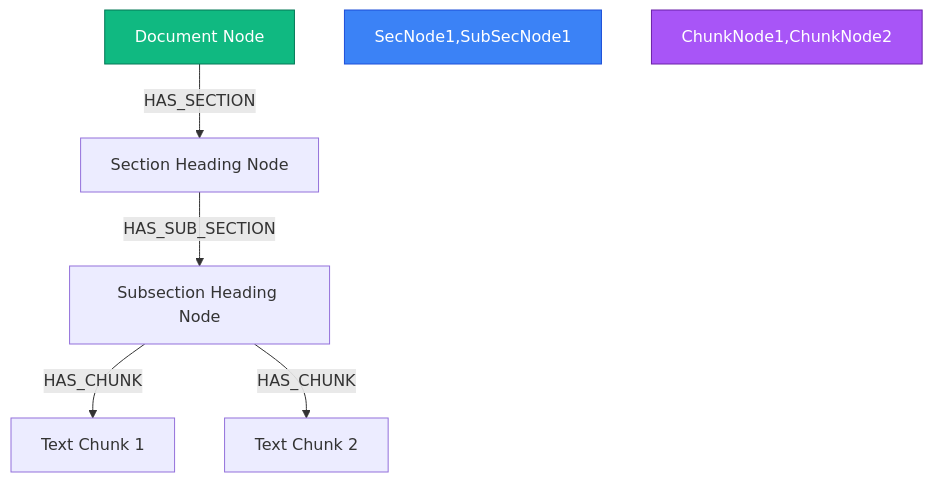
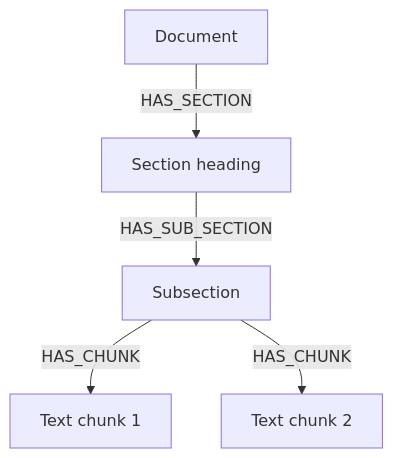
One commit to Zeres-Engel/InsightNote changed the diagram in backend/docs/CHUNKING.md. Above: the diagram before and after it, drawn with Mermaid. The commit also changed other lines of this file and 40 other files, not shown here.

````diff
--- a/backend/docs/CHUNKING.md
+++ b/backend/docs/CHUNKING.md
@@ -60,12 +57,7 @@
 ```mermaid
 graph TD
-    DocNode[Document Node] -->|HAS_SECTION| SecNode1[Section Heading Node]
-    SecNode1 -->|HAS_SUB_SECTION| SubSecNode1[Subsection Heading Node]
-    SubSecNode1 -->|HAS_CHUNK| ChunkNode1[Text Chunk 1]
-    SubSecNode1 -->|HAS_CHUNK| ChunkNode2[Text Chunk 2]
-    
-    %% Bbox Coordinates properties mapped
-    style DocNode fill:#10b981,stroke:#047857,color:#fff
-    style SecNode1,SubSecNode1 fill:#3b82f6,stroke:#1d4ed8,color:#fff
-    style ChunkNode1,ChunkNode2 fill:#a855f7,stroke:#6b21a8,color:#fff
+    Doc[Document] -->|HAS_SECTION| Sec[Section heading]
+    Sec -->|HAS_SUB_SECTION| Sub[Subsection]
+    Sub -->|HAS_CHUNK| C1[Text chunk 1]
+    Sub -->|HAS_CHUNK| C2[Text chunk 2]
 ```
````
